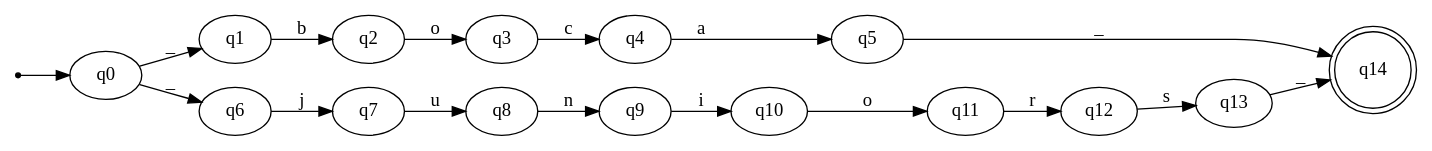
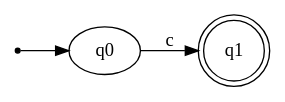
Before and after one commit to eabalestra/nondeterministic-finite-automaton: the diagram in example-automatons/automata_16.dot, drawn with Graphviz. The commit also changed 8 other files, not shown here.

```diff
--- a/example-automatons/automata_16.dot
+++ b/example-automatons/automata_16.dot
@@ -1,27 +1,11 @@
 digraph{
 
-  rankdir=LR;
-  inic[shape=point];
+    rankdir=LR;
+    inic[shape=point];
 
-  inic->q0;
-  q0->q1 [label="_"];
-  q1->q2 [label="b"];
-  q2->q3 [label="o"];
-  q3->q4 [label="c"];
-  q4->q5 [label="a"];
-  q5->q14 [label="_"];
+    inic->q0;
 
+    q0->q1 [label="c"];
 
-  q0->q6 [label="_"];
-  q6->q7 [label="j"];
-  q7->q8 [label="u"];
-  q8->q9 [label="n"];
-  q9->q10 [label="i"];
-  q10->q11 [label="o"];
-  q11->q12 [label="r"];
-  q12->q13 [label="s"];
-  q13->q14 [label="_"];
-
-
-  q14[shape=doublecircle];
+    q1[shape=doublecircle];
 }
```
